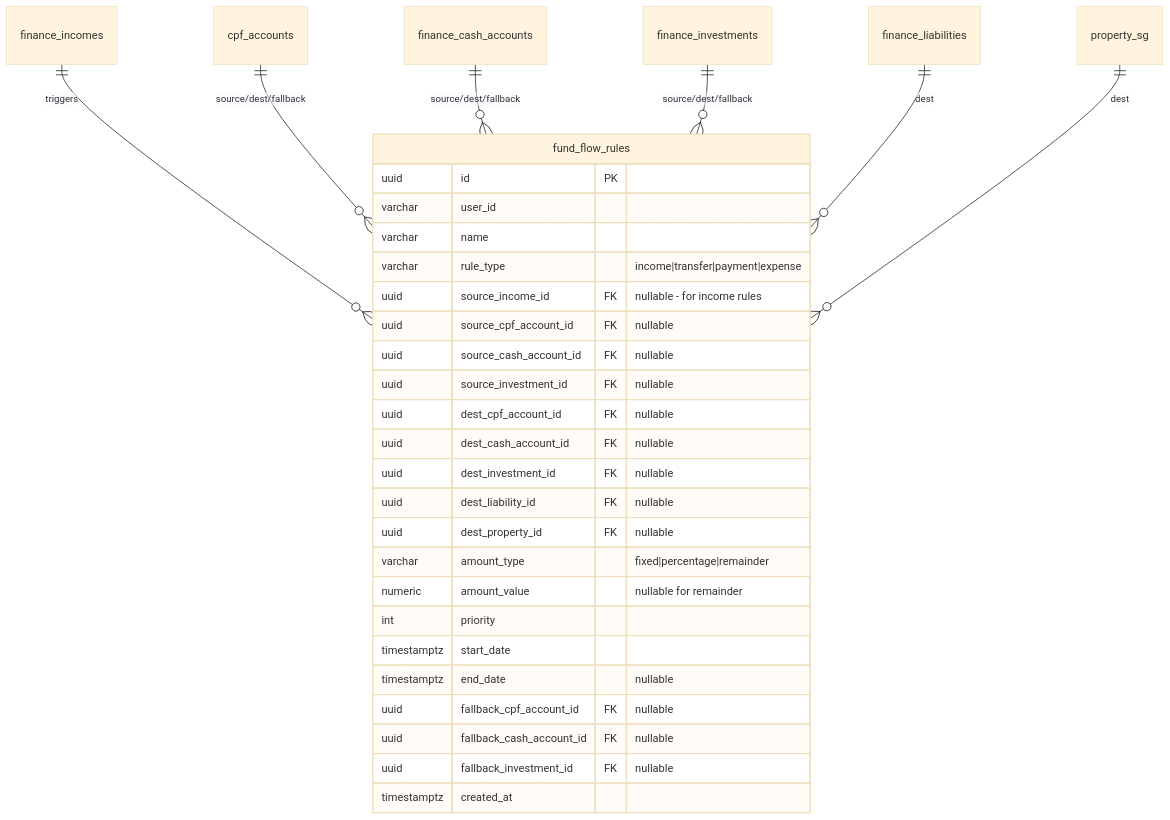
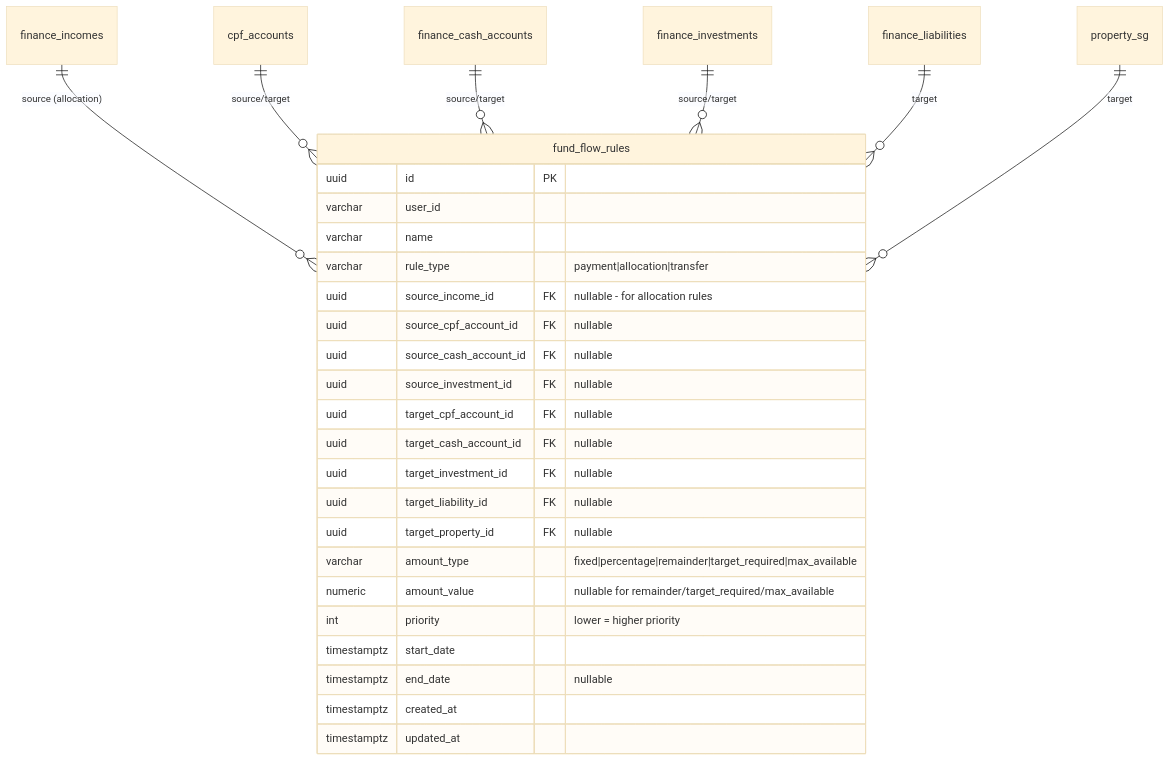
One commit to jcleow/wealthproject changed the diagram in specs/unified-fund-flows.md. Above: the diagram before and after it, drawn with Mermaid (base theme). The commit also changed other lines of this file and 2 other files, not shown here.

First line of the commit message:
refactor(schema): remove fallback_* columns in favor of priority-based rules

````diff
--- a/specs/unified-fund-flows.md
+++ b/specs/unified-fund-flows.md
@@ -45,34 +45,32 @@
 ```mermaid
 erDiagram
     fund_flow_rules {
         uuid id PK
         varchar user_id
         varchar name
-        varchar rule_type "income|transfer|payment|expense"
-        uuid source_income_id FK "nullable - for income rules"
+        varchar rule_type "payment|allocation|transfer"
+        uuid source_income_id FK "nullable - for allocation rules"
         uuid source_cpf_account_id FK "nullable"
         uuid source_cash_account_id FK "nullable"
         uuid source_investment_id FK "nullable"
-        uuid dest_cpf_account_id FK "nullable"
-        uuid dest_cash_account_id FK "nullable"
-        uuid dest_investment_id FK "nullable"
-        uuid dest_liability_id FK "nullable"
-        uuid dest_property_id FK "nullable"
-        varchar amount_type "fixed|percentage|remainder"
-        numeric amount_value "nullable for remainder"
-        int priority
+        uuid target_cpf_account_id FK "nullable"
+        uuid target_cash_account_id FK "nullable"
+        uuid target_investment_id FK "nullable"
+        uuid target_liability_id FK "nullable"
+        uuid target_property_id FK "nullable"
+        varchar amount_type "fixed|percentage|remainder|target_required|max_available"
+        numeric amount_value "nullable for remainder/target_required/max_available"
+        int priority "lower = higher priority"
         timestamptz start_date
         timestamptz end_date "nullable"
-        uuid fallback_cpf_account_id FK "nullable"
-        uuid fallback_cash_account_id FK "nullable"
-        uuid fallback_investment_id FK "nullable"
         timestamptz created_at
+        timestamptz updated_at
     }
 
-    finance_incomes ||--o{ fund_flow_rules : "triggers"
-    cpf_accounts ||--o{ fund_flow_rules : "source/dest/fallback"
-    finance_cash_accounts ||--o{ fund_flow_rules : "source/dest/fallback"
-    finance_investments ||--o{ fund_flow_rules : "source/dest/fallback"
-    finance_liabilities ||--o{ fund_flow_rules : "dest"
-    property_sg ||--o{ fund_flow_rules : "dest"
+    finance_incomes ||--o{ fund_flow_rules : "source (allocation)"
+    cpf_accounts ||--o{ fund_flow_rules : "source/target"
+    finance_cash_accounts ||--o{ fund_flow_rules : "source/target"
+    finance_investments ||--o{ fund_flow_rules : "source/target"
+    finance_liabilities ||--o{ fund_flow_rules : "target"
+    property_sg ||--o{ fund_flow_rules : "target"
 ```
````
